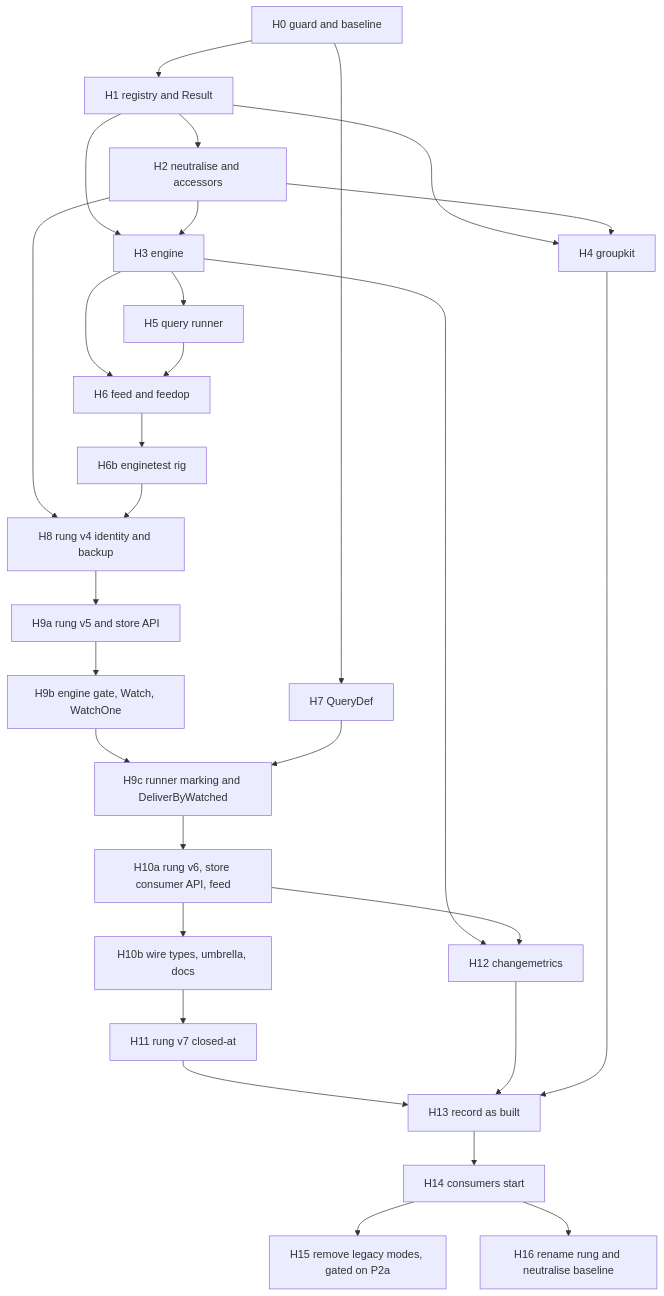
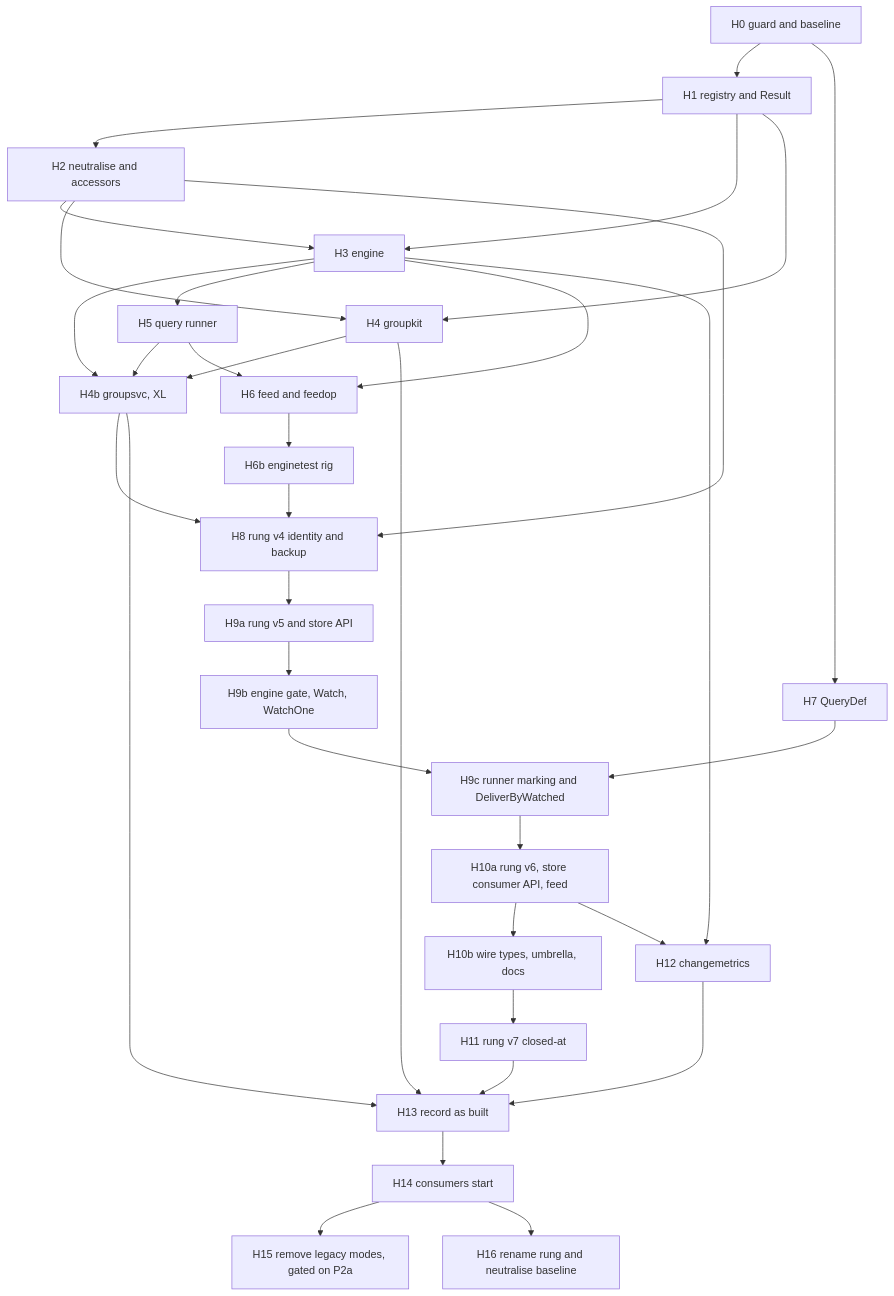
The fourth of 4 diagrams in docs/superpowers/specs/2026-10-22-connectord-shared-change-engine-hoist-design.md (phillipgreenii/nix-agent-support), drawn with Mermaid before and after one commit. The commit also changed other lines of this file, not shown here.

First line of the commit message:
docs: approve the connectord hoist design and hoist groupsvc too (pg2-qbu5b)

````diff
--- a/docs/superpowers/specs/2026-10-22-connectord-shared-change-engine-hoist-design.md
+++ b/docs/superpowers/specs/2026-10-22-connectord-shared-change-engine-hoist-design.md
@@ -1342,31 +1502,36 @@
 ```mermaid
 flowchart TD
   H0["H0 guard and baseline"] --> H1["H1 registry and Result"]
   H1 --> H2["H2 neutralise and accessors"]
   H1 --> H3["H3 engine"]
   H2 --> H3
   H1 --> H4["H4 groupkit"]
   H2 --> H4
+  H3 --> H4b["H4b groupsvc, XL"]
+  H4 --> H4b
+  H5 --> H4b
+  H4b --> H8
+  H4b --> H13
   H0 --> H7["H7 QueryDef"]
   H3 --> H5["H5 query runner"]
   H3 --> H6["H6 feed and feedop"]
   H5 --> H6
   H6 --> H6b["H6b enginetest rig"]
   H2 --> H8["H8 rung v4 identity and backup"]
   H6b --> H8
   H8 --> H9a["H9a rung v5 and store API"]
   H9a --> H9b["H9b engine gate, Watch, WatchOne"]
   H9b --> H9c["H9c runner marking and DeliverByWatched"]
   H7 --> H9c
   H9c --> H10a["H10a rung v6, store consumer API, feed"]
   H10a --> H10b["H10b wire types, umbrella, docs"]
   H10b --> H11["H11 rung v7 closed-at"]
   H3 --> H12["H12 changemetrics"]
   H10a --> H12
   H11 --> H13["H13 record as built"]
   H12 --> H13
   H4 --> H13
   H13 --> H14["H14 consumers start"]
   H14 --> H15["H15 remove legacy modes, gated on P2a"]
   H14 --> H16["H16 rename rung and neutralise baseline"]
 ```
````
